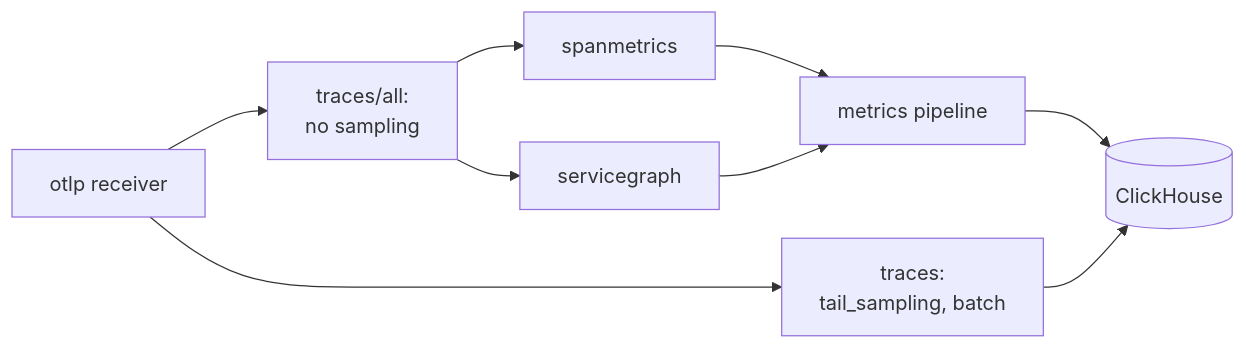
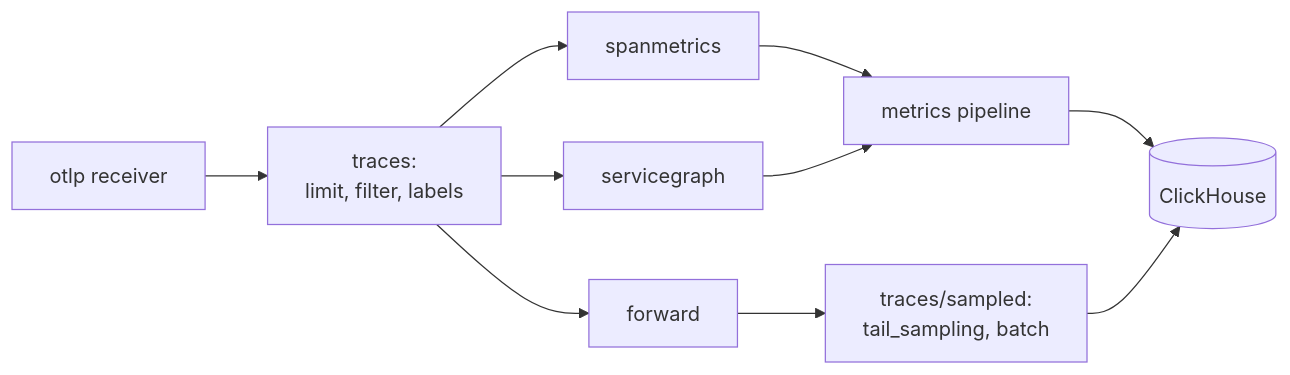
The third of 3 diagrams in docs/tutorial/05-sampling.md (mdfarooqii/agent-tracing-otel-clickhouse), drawn with Mermaid before and after one commit. The commit also changed other lines of this file and 1 other file, not shown here.

First line of the commit message:
Module 5: process spans once, then split with the forward connector

````diff
--- a/docs/tutorial/05-sampling.md
+++ b/docs/tutorial/05-sampling.md
@@ -516,9 +520,9 @@
 ```mermaid
 flowchart LR
-  R[otlp receiver] --> A["traces/all:<br/>no sampling"]
-  R --> S["traces:<br/>tail_sampling, batch"]
+  R[otlp receiver] --> A["traces:<br/>limit, filter, labels"]
   A --> SM[spanmetrics] --> M["metrics pipeline"]
   A --> SG[servicegraph] --> M
+  A --> F[forward] --> S["traces/sampled:<br/>tail_sampling, batch"]
   M --> CH[(ClickHouse)]
   S --> CH
 ```
````
